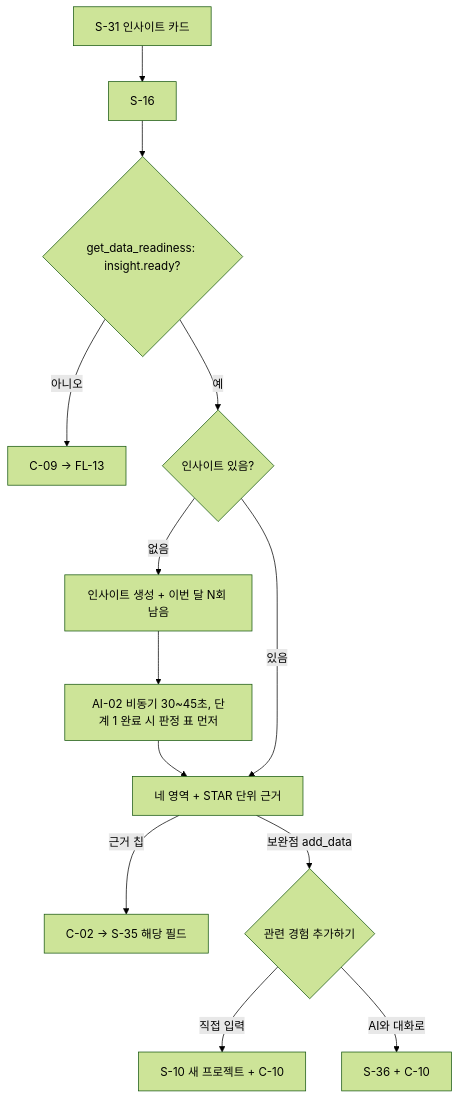
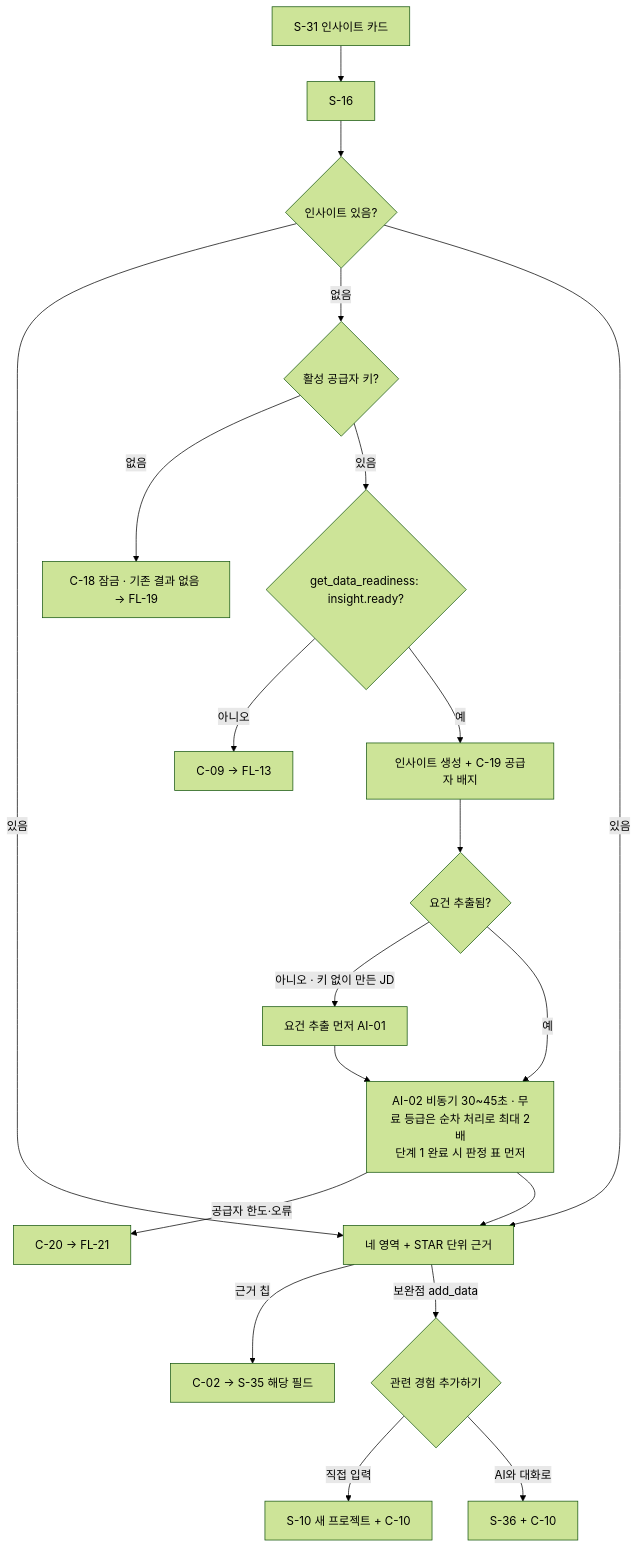
The sixth of 19 diagrams in _workspace/02_ux-planner_flows.md (j-hyunn/resumate), drawn with Mermaid (forest theme) before and after one commit. The commit also changed other lines of this file and 11 other files, not shown here.

````diff
--- a/_workspace/02_ux-planner_flows.md
+++ b/_workspace/02_ux-planner_flows.md
@@ -297,15 +324,21 @@
 ```mermaid
 flowchart TD
   A[S-31 인사이트 카드] --> B[S-16]
-  B --> G{get_data_readiness: insight.ready?}
+  B --> C{인사이트 있음?}
+  C -->|있음| F
+  C -->|없음| K{활성 공급자 키?}
+  K -->|없음| LK[C-18 잠금 · 기존 결과 없음 → FL-19]
+  K -->|있음| G{get_data_readiness: insight.ready?}
   G -->|아니오| X[C-09 → FL-13]
-  G -->|예| C{인사이트 있음?}
-  C -->|없음| D[인사이트 생성 + 이번 달 N회 남음]
-  D --> E[AI-02 비동기 30~45초, 단계 1 완료 시 판정 표 먼저]
+  G -->|예| D[인사이트 생성 + C-19 공급자 배지]
+  D --> J{요건 추출됨?}
+  J -->|아니오 · 키 없이 만든 JD| J1[요건 추출 먼저 AI-01] --> E
+  J -->|예| E[AI-02 비동기 30~45초 · 무료 등급은 순차 처리로 최대 2배<br/>단계 1 완료 시 판정 표 먼저]
+  E -->|공급자 한도·오류| ER[C-20 → FL-21]
   E --> F[네 영역 + STAR 단위 근거]
   C -->|있음| F
   F -->|근거 칩| R[C-02 → S-35 해당 필드]
-  F -->|보완점 add_data| K{관련 경험 추가하기}
-  K -->|직접 입력| S10[S-10 새 프로젝트 + C-10]
-  K -->|AI와 대화로| S36[S-36 + C-10]
+  F -->|보완점 add_data| K2{관련 경험 추가하기}
+  K2 -->|직접 입력| S10[S-10 새 프로젝트 + C-10]
+  K2 -->|AI와 대화로| S36[S-36 + C-10]
 ```
````
